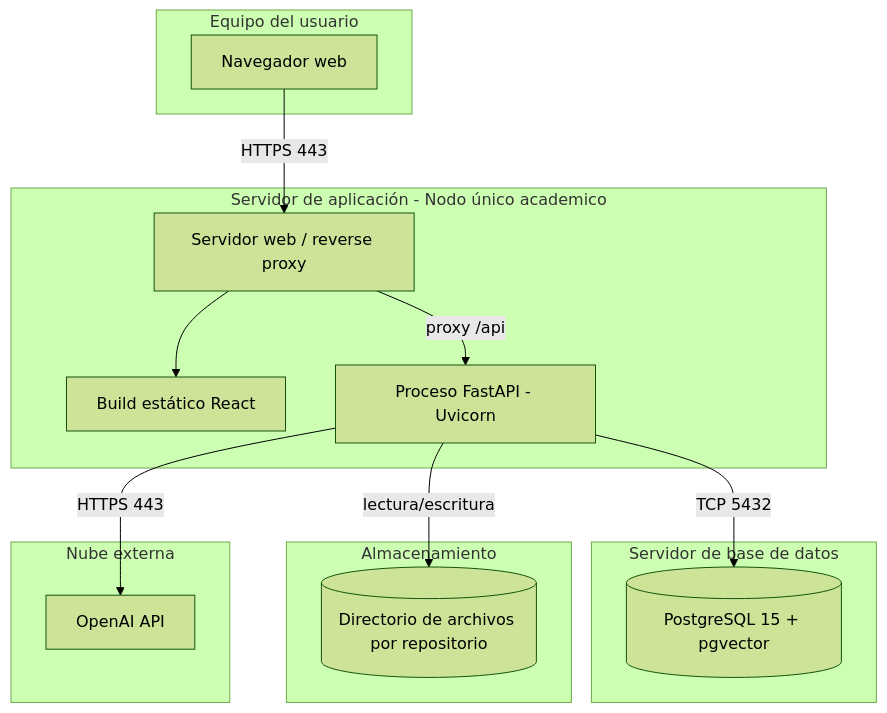
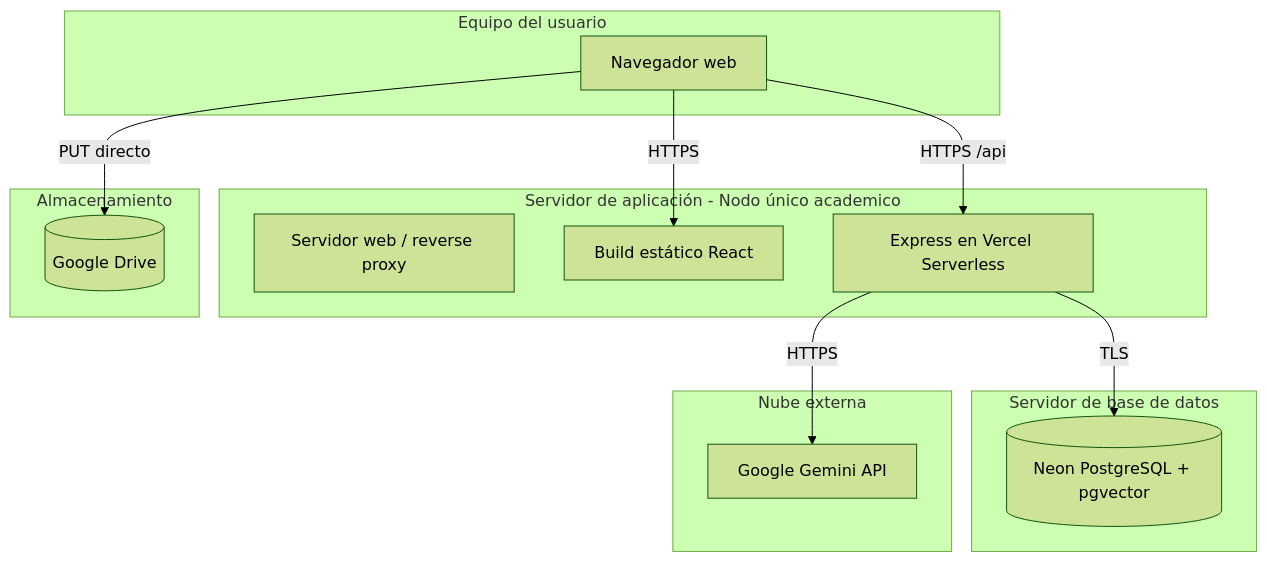
Before and after one commit to JosephV-Q/Repositorio_Inteligente: the second of 5 diagrams in 02_Diseno/2-Diagramas-UML.md, drawn with Mermaid (forest theme). The commit also changed other lines of this file and 21 other files, not shown here.

````diff
--- a/02_Diseno/2-Diagramas-UML.md
+++ b/02_Diseno/2-Diagramas-UML.md
@@ -55,31 +55,30 @@
 ```mermaid
 graph TB
     subgraph Equipo del usuario
         Browser[Navegador web]
     end
 
     subgraph Servidor de aplicación - Nodo único academico
         Nginx[Servidor web / reverse proxy]
         FE_static[Build estático React]
-        Backend[Proceso FastAPI - Uvicorn]
+        Backend[Express en Vercel Serverless]
     end
 
     subgraph Servidor de base de datos
-        Postgres[(PostgreSQL 15 + pgvector)]
+        Postgres[(Neon PostgreSQL + pgvector)]
     end
 
     subgraph Almacenamiento
-        Files[(Directorio de archivos por repositorio)]
+        Drive[(Google Drive)]
     end
 
     subgraph Nube externa
-        OpenAI_API[OpenAI API]
+        Gemini_API[Google Gemini API]
     end
 
-    Browser -->|HTTPS 443| Nginx
-    Nginx --> FE_static
-    Nginx -->|proxy /api| Backend
-    Backend -->|TCP 5432| Postgres
-    Backend -->|lectura/escritura| Files
-    Backend -->|HTTPS 443| OpenAI_API
+    Browser -->|HTTPS| FE_static
+    Browser -->|HTTPS /api| Backend
+    Backend -->|TLS| Postgres
+    Browser -->|PUT directo| Drive
+    Backend -->|HTTPS| Gemini_API
 ```
````
